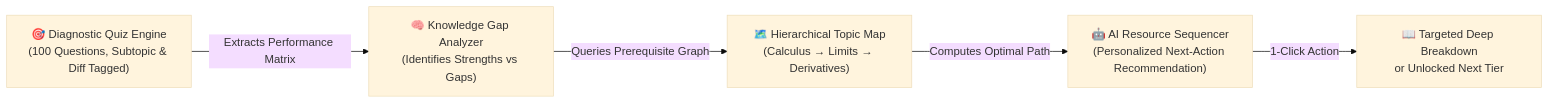
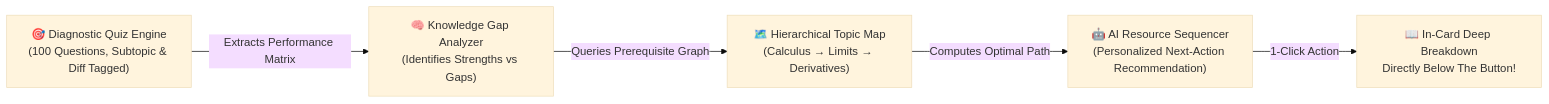
One commit to doodlox2026-maker/smart-study-hub changed the diagram in README.md. Above: the diagram before and after it, drawn with Mermaid (base theme). The commit also changed other lines of this file and 1 other file, not shown here.

````diff
--- a/README.md
+++ b/README.md
@@ -28,7 +28,7 @@
 ```mermaid
 flowchart LR
     A["🎯 Diagnostic Quiz Engine<br/>(100 Questions, Subtopic & Diff Tagged)"] -->|"Extracts Performance Matrix"| B["🧠 Knowledge Gap Analyzer<br/>(Identifies Strengths vs Gaps)"]
     B -->|"Queries Prerequisite Graph"| C["🗺️ Hierarchical Topic Map<br/>(Calculus &rarr; Limits &rarr; Derivatives)"]
     C -->|"Computes Optimal Path"| D["🤖 AI Resource Sequencer<br/>(Personalized Next-Action Recommendation)"]
-    D -->|"1-Click Action"| E["📖 Targeted Deep Breakdown<br/>or Unlocked Next Tier"]
+    D -->|"1-Click Action"| E["📖 In-Card Deep Breakdown<br/>Directly Below The Button!"]
 ```
````
